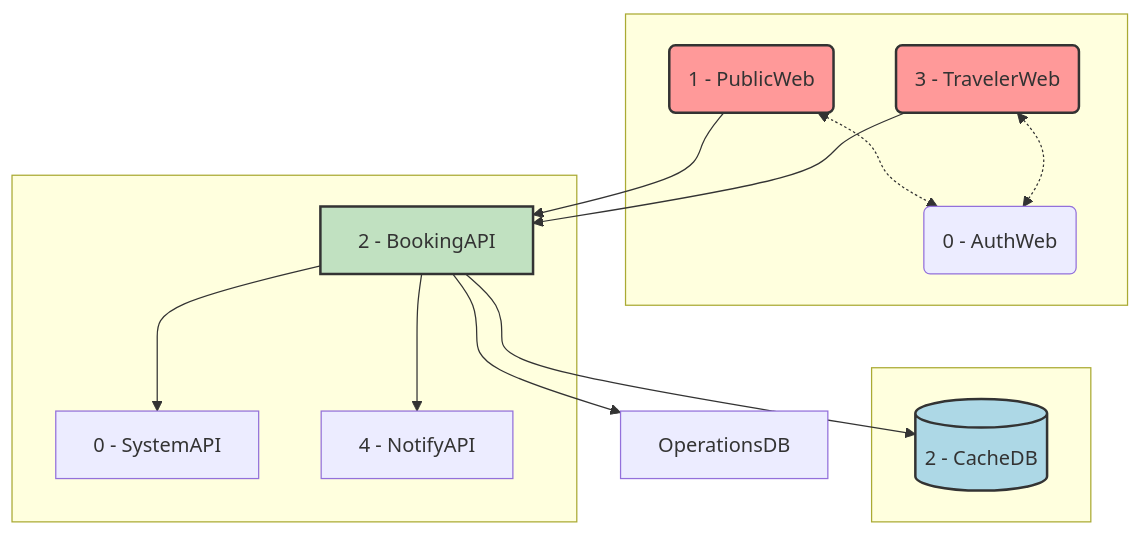
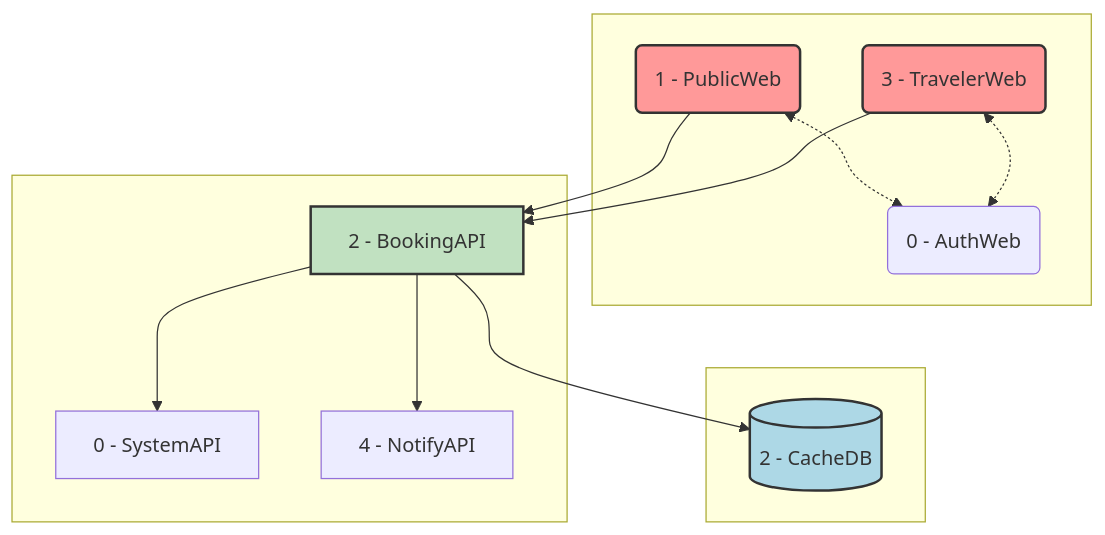
The first of 2 diagrams in profile/1-analysis/5_2-astrobookings-booking-management-domain.md (AstroBookings/.github), drawn with Mermaid before and after one commit.

Commit message:
fix: remove operations

````diff
--- a/profile/1-analysis/5_2-astrobookings-booking-management-domain.md
+++ b/profile/1-analysis/5_2-astrobookings-booking-management-domain.md
@@ -60,43 +60,42 @@
 ```mermaid
 graph TD
     subgraph Web Applications[" "]
         PublicWeb(1 - PublicWeb)
         TravelerWeb(3 - TravelerWeb)
         AuthWeb(0 - AuthWeb)
     end
 
     subgraph API Services[" "]
         BookingAPI[2 - BookingAPI]
         SystemAPI[0 - SystemAPI]
         NotifyAPI[4 - NotifyAPI]
     end
 
     subgraph Databases[" "]
         CacheDB[(2 - CacheDB)]
     end
 
     %% Web to Web connections
     PublicWeb <-.-> AuthWeb
     TravelerWeb <-.-> AuthWeb
 
     %% Web to API connections
     PublicWeb --> BookingAPI
     TravelerWeb --> BookingAPI
 
 
     %% API to API connections
     BookingAPI --> SystemAPI
     BookingAPI --> NotifyAPI
 
     %% API to Database connections
-    BookingAPI --> OperationsDB
     BookingAPI --> CacheDB
 
     %% Style
     classDef web fill:#FF9999,stroke:#333,stroke-width:2px;
     classDef api fill:#C1E1C1,stroke:#333,stroke-width:2px;
     classDef db fill:#ADD8E6,stroke:#333,stroke-width:2px;
     class PublicWeb,TravelerWeb web;
     class BookingAPI api;
     class CacheDB db;
 ```
````
